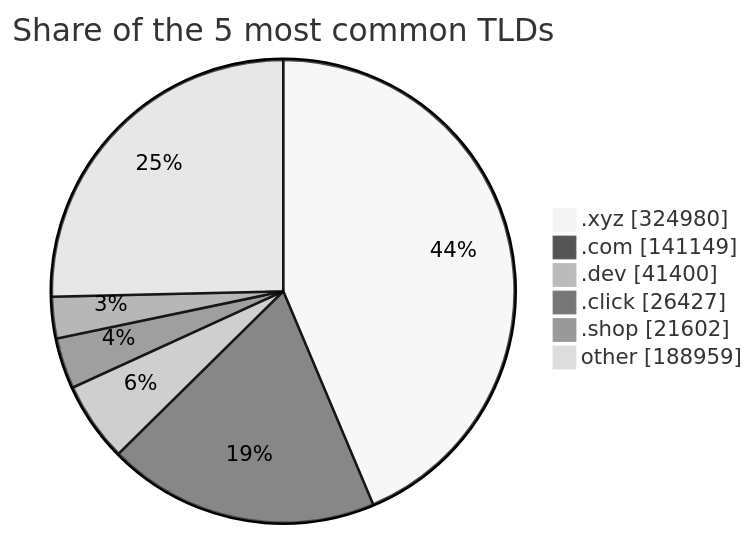
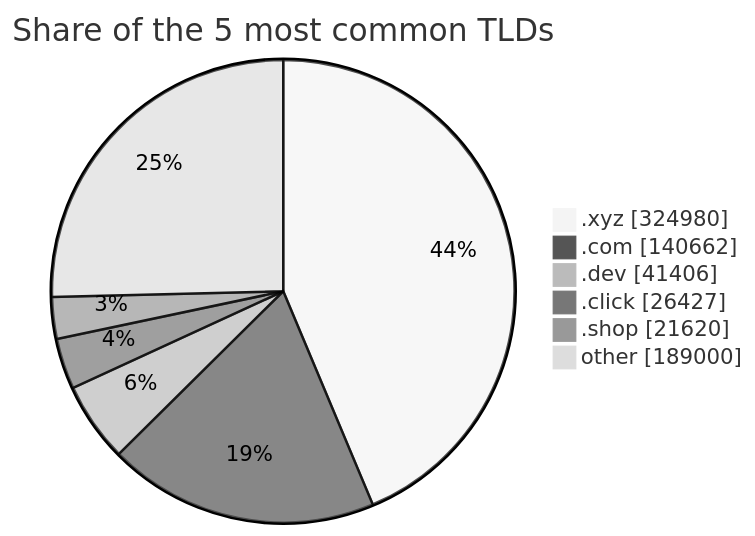
One commit to DNSBunker/CTI changed the third of 3 diagrams in README.md. Above: the diagram before and after it, drawn with Mermaid (neutral theme). The commit also changed other lines of this file and 3 other files, not shown here.

````diff
--- a/README.md
+++ b/README.md
@@ -81,9 +81,9 @@
 ```mermaid
 pie showData title Share of the 5 most common TLDs
     ".xyz" : 324980
-    ".com" : 141149
-    ".dev" : 41400
+    ".com" : 140662
+    ".dev" : 41406
     ".click" : 26427
-    ".shop" : 21602
-    "other" : 188959
+    ".shop" : 21620
+    "other" : 189000
 ```
````
